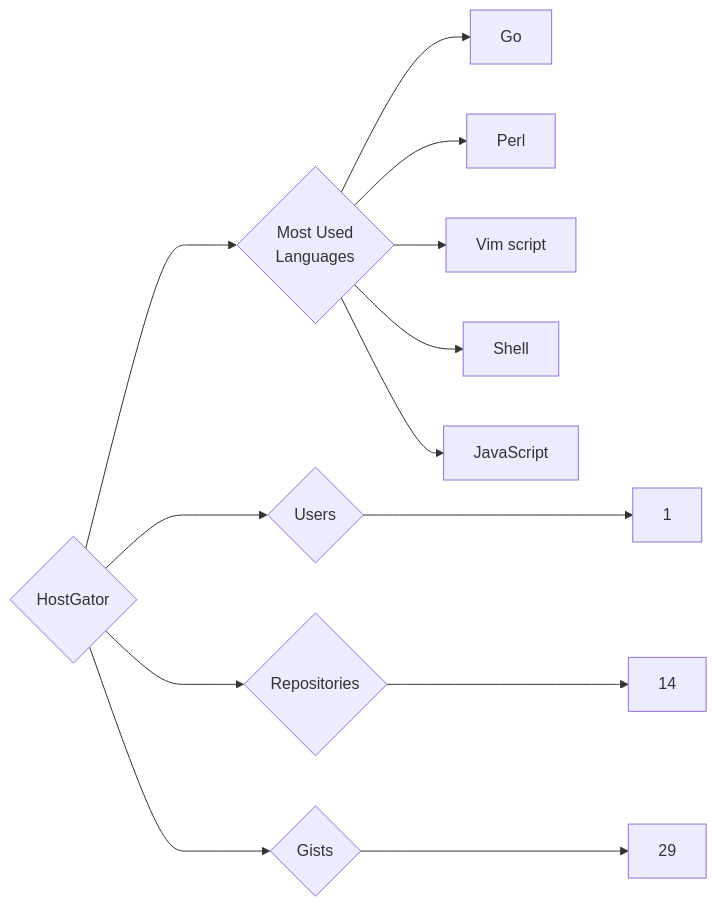
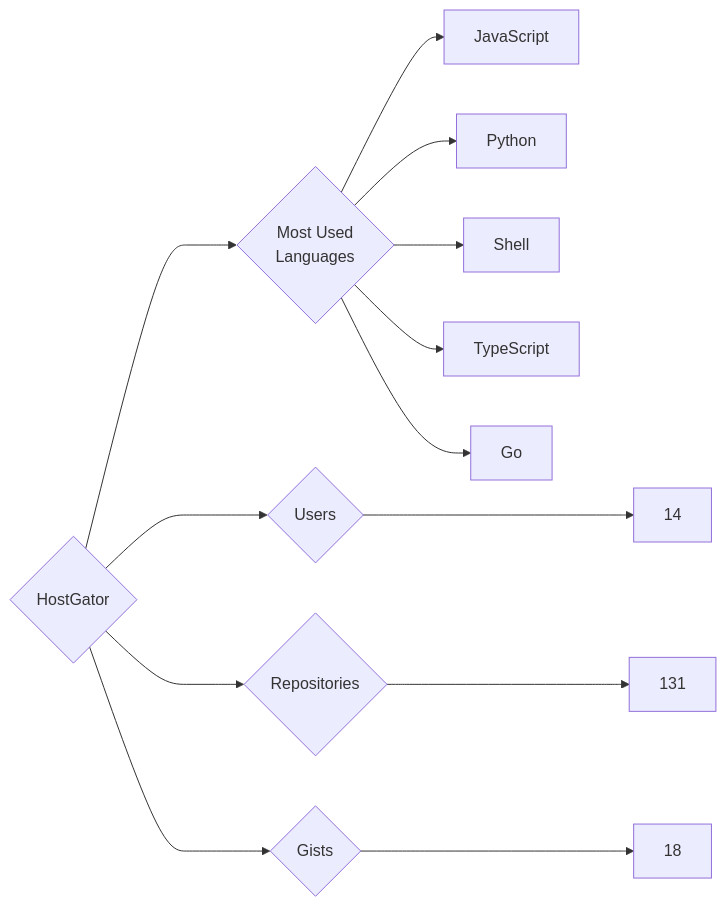
One commit to trickest/insiders changed the diagram in targets/HostGator/README.md. Above: the diagram before and after it, drawn with Mermaid. The commit also changed 622 other files, not shown here.

````diff
--- a/targets/HostGator/README.md
+++ b/targets/HostGator/README.md
@@ -3,13 +3,13 @@
 ```mermaid
 graph LR
 COMPANY_NAME{HostGator}
-COMPANY_NAME ---> U{Users} ---> UN[1]
-COMPANY_NAME ---> R{Repositories} ---> RN[14]
-COMPANY_NAME ---> G{Gists} ---> GN[29]
+COMPANY_NAME ---> U{Users} ---> UN[14]
+COMPANY_NAME ---> R{Repositories} ---> RN[131]
+COMPANY_NAME ---> G{Gists} ---> GN[18]
 COMPANY_NAME ---> ML{Most Used<br>Languages}
+ML --> JavaScript[JavaScript]
+ML --> Python[Python]
+ML --> Shell[Shell]
+ML --> TypeScript[TypeScript]
 ML --> Go[Go]
-ML --> Perl[Perl]
-ML --> Vim_script[Vim script]
-ML --> Shell[Shell]
-ML --> JavaScript[JavaScript]
 ```
````
